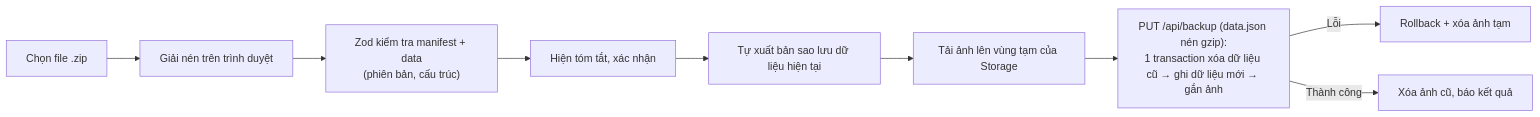
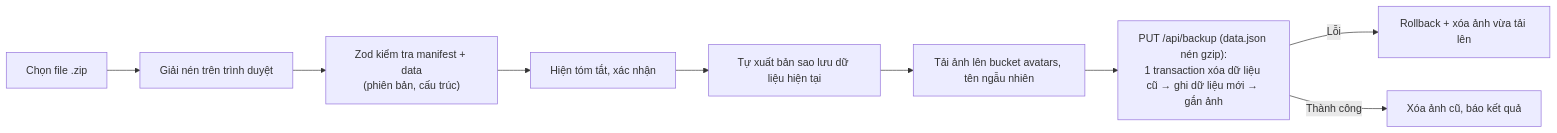
One commit to DevViTien/doctor-handbook changed the fourth of 5 diagrams in teckstack.md. Above: the diagram before and after it, drawn with Mermaid. The commit also changed other lines of this file and 70 other files, not shown here.

````diff
--- a/teckstack.md
+++ b/teckstack.md
@@ -305,11 +306,11 @@
 ```mermaid
 flowchart LR
     A[Chọn file .zip] --> B[Giải nén trên trình duyệt]
     B --> C["Zod kiểm tra manifest + data<br/>(phiên bản, cấu trúc)"]
     C --> D[Hiện tóm tắt, xác nhận]
     D --> E[Tự xuất bản sao lưu dữ liệu hiện tại]
-    E --> F[Tải ảnh lên vùng tạm của Storage]
+    E --> F[Tải ảnh lên bucket avatars, tên ngẫu nhiên]
     F --> G["PUT /api/backup (data.json nén gzip):<br/>1 transaction xóa dữ liệu cũ → ghi dữ liệu mới → gắn ảnh"]
-    G -->|Lỗi| H[Rollback + xóa ảnh tạm]
+    G -->|Lỗi| H[Rollback + xóa ảnh vừa tải lên]
     G -->|Thành công| I[Xóa ảnh cũ, báo kết quả]
 ```
````
